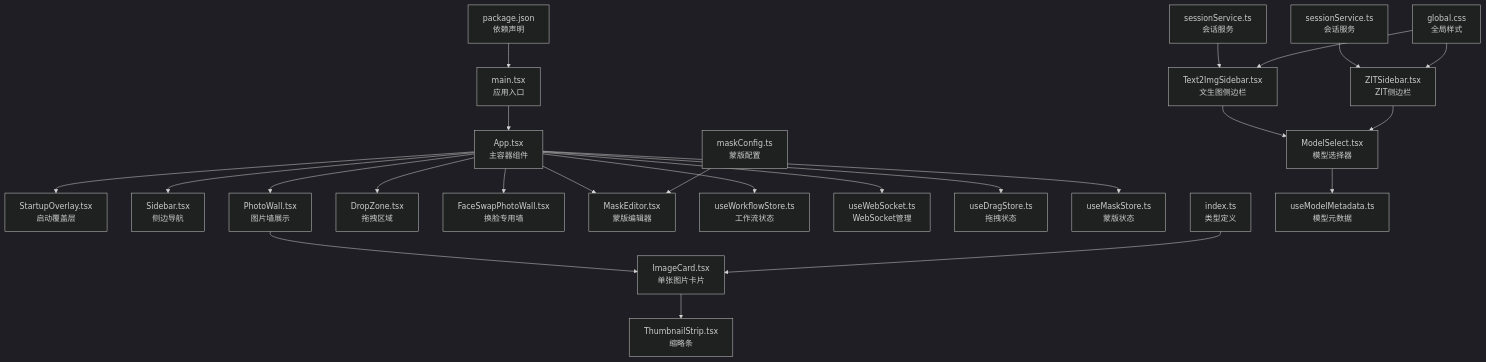
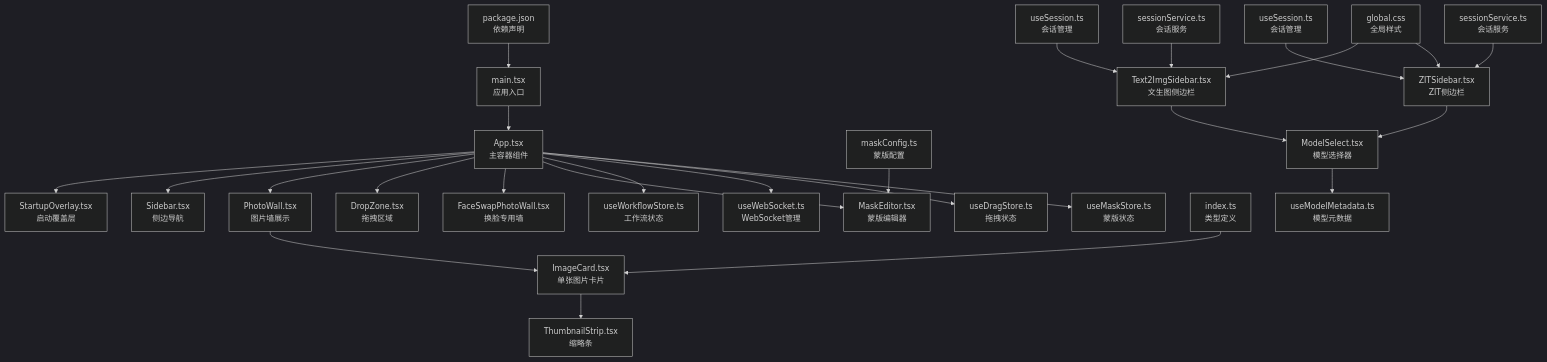
The first of 11 diagrams in .qoder/repowiki/zh/content/前端应用/React 组件体系.md (billye220670/CorineKit_Pix2Real), drawn with Mermaid (dark theme) before and after one commit. The commit also changed other lines of this file and 73 other files, not shown here.

````diff
--- a/.qoder/repowiki/zh/content/前端应用/React 组件体系.md
+++ b/.qoder/repowiki/zh/content/前端应用/React 组件体系.md
@@ -50,26 +51,28 @@
 ```mermaid
 graph TB
 A["main.tsx<br/>应用入口"] --> B["App.tsx<br/>主容器组件"]
 B --> C["StartupOverlay.tsx<br/>启动覆盖层"]
 B --> D["Sidebar.tsx<br/>侧边导航"]
 B --> E["PhotoWall.tsx<br/>图片墙展示"]
 B --> F["DropZone.tsx<br/>拖拽区域"]
 B --> G["FaceSwapPhotoWall.tsx<br/>换脸专用墙"]
 E --> H["ImageCard.tsx<br/>单张图片卡片"]
 H --> I["ThumbnailStrip.tsx<br/>缩略条"]
 B --> J["MaskEditor.tsx<br/>蒙版编辑器"]
 B --> K["useWorkflowStore.ts<br/>工作流状态"]
 B --> L["useWebSocket.ts<br/>WebSocket管理"]
 B --> M["useDragStore.ts<br/>拖拽状态"]
 B --> N["useMaskStore.ts<br/>蒙版状态"]
 O["maskConfig.ts<br/>蒙版配置"] --> J
 P["index.ts<br/>类型定义"] --> H
 Q["package.json<br/>依赖声明"] --> A
 R["ModelSelect.tsx<br/>模型选择器"] --> S["useModelMetadata.ts<br/>模型元数据"]
 T["Text2ImgSidebar.tsx<br/>文生图侧边栏"] --> R
 U["ZITSidebar.tsx<br/>ZIT侧边栏"] --> R
-V["sessionService.ts<br/>会话服务"] --> T
-W["sessionService.ts<br/>会话服务"] --> U
-X["global.css<br/>全局样式"] --> T
-X --> U
+V["useSession.ts<br/>会话管理"] --> T
+W["useSession.ts<br/>会话管理"] --> U
+X["sessionService.ts<br/>会话服务"] --> T
+Y["sessionService.ts<br/>会话服务"] --> U
+Z["global.css<br/>全局样式"] --> T
+Z --> U
 ```
````
